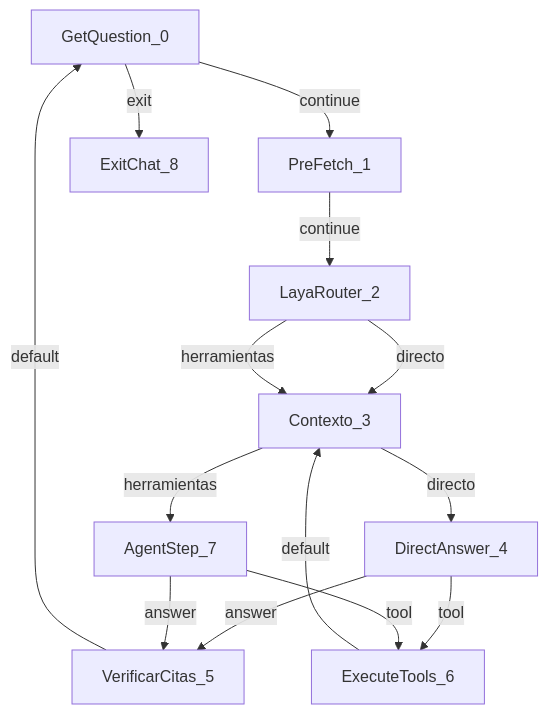
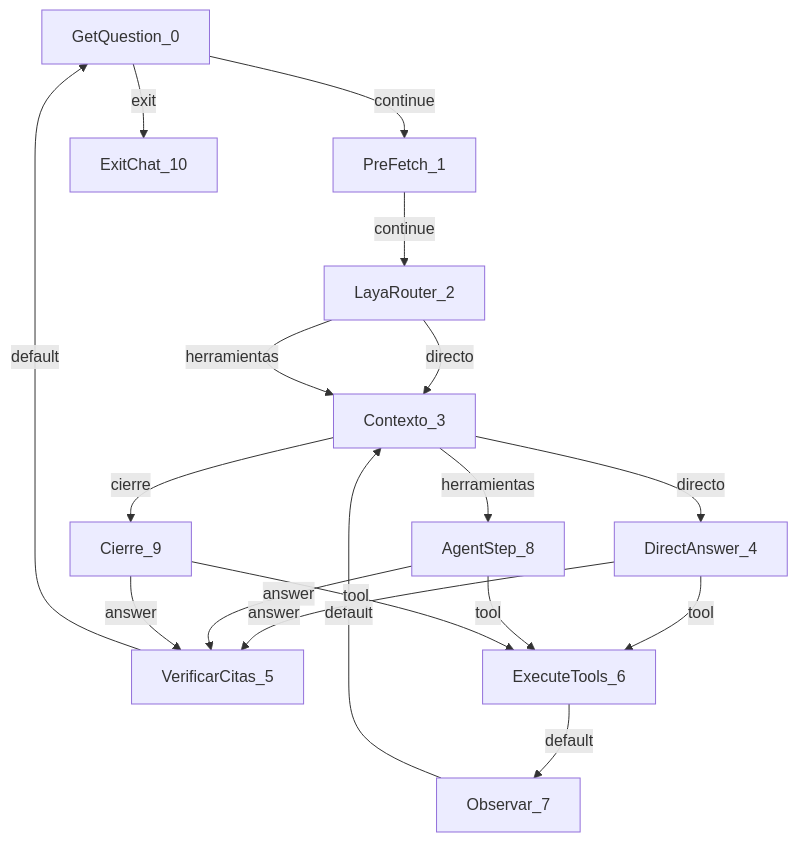
The diagram in README.md (poladb-afk/deepseek-flow), drawn with Mermaid before and after one commit. The commit also changed 21 other files, not shown here.

````diff
--- a/README.md
+++ b/README.md
@@ -14,16 +14,20 @@
 ```mermaid
 flowchart TD
     GetQuestion_0 -->|continue| PreFetch_1
     PreFetch_1 -->|continue| LayaRouter_2
     LayaRouter_2 -->|directo| Contexto_3
     Contexto_3 -->|directo| DirectAnswer_4
     DirectAnswer_4 -->|answer| VerificarCitas_5
     VerificarCitas_5 -->|default| GetQuestion_0
     DirectAnswer_4 -->|tool| ExecuteTools_6
-    ExecuteTools_6 -->|default| Contexto_3
-    Contexto_3 -->|herramientas| AgentStep_7
-    AgentStep_7 -->|answer| VerificarCitas_5
-    AgentStep_7 -->|tool| ExecuteTools_6
+    ExecuteTools_6 -->|default| Observar_7
+    Observar_7 -->|default| Contexto_3
+    Contexto_3 -->|herramientas| AgentStep_8
+    AgentStep_8 -->|answer| VerificarCitas_5
+    AgentStep_8 -->|tool| ExecuteTools_6
+    Contexto_3 -->|cierre| Cierre_9
+    Cierre_9 -->|answer| VerificarCitas_5
+    Cierre_9 -->|tool| ExecuteTools_6
     LayaRouter_2 -->|herramientas| Contexto_3
-    GetQuestion_0 -->|exit| ExitChat_8
+    GetQuestion_0 -->|exit| ExitChat_10
 ```
````
